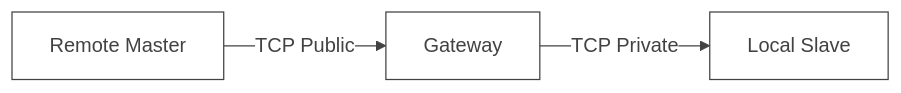
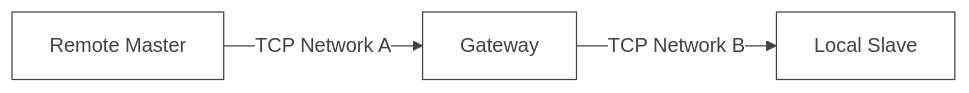
Before and after one commit to ffutop/modbus-gateway: the sixth of 8 diagrams in README.md, drawn with Mermaid. The commit also changed other lines of this file and 1 other file, not shown here.

````diff
--- a/README.md
+++ b/README.md
@@ -225,20 +620,20 @@
 ```mermaid
 ---
 config:
   theme: base
   themeVariables:
     primaryColor: '#ffffff'
     primaryBorderColor: '#424242'
     primaryTextColor: '#424242'
     secondaryColor: '#ffffff'
     secondaryBorderColor: '#424242'
     secondaryTextColor: '#424242'
     lineColor: '#424242'
     edgeLabelBackground: '#ffffff'
     clusterBkg: '#ffffff'
     clusterBorder: '#424242'
     tertiaryColor: '#ffffff'
 ---
 graph LR
-    M[Remote Master] -->|TCP Public| G[Gateway] -->|TCP Private| S[Local Slave]
+    M[Remote Master] -->|TCP Network A| G[Gateway] -->|TCP Network B| S[Local Slave]
 ```
````
